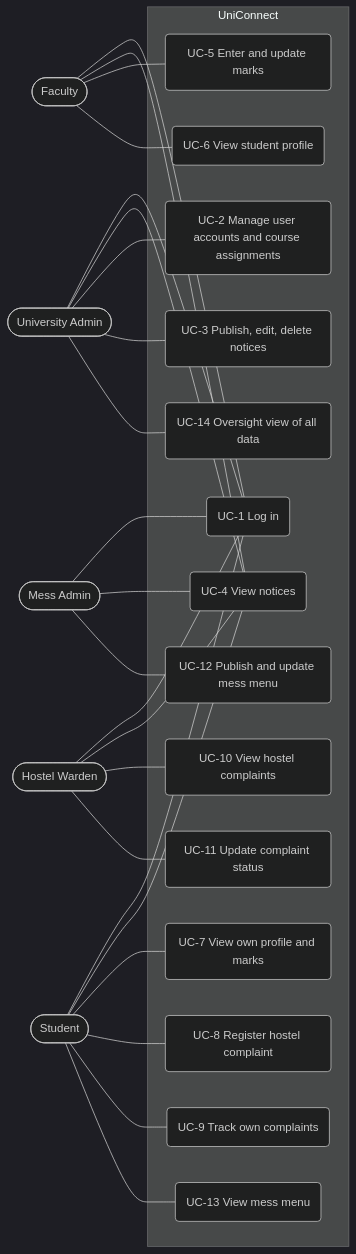
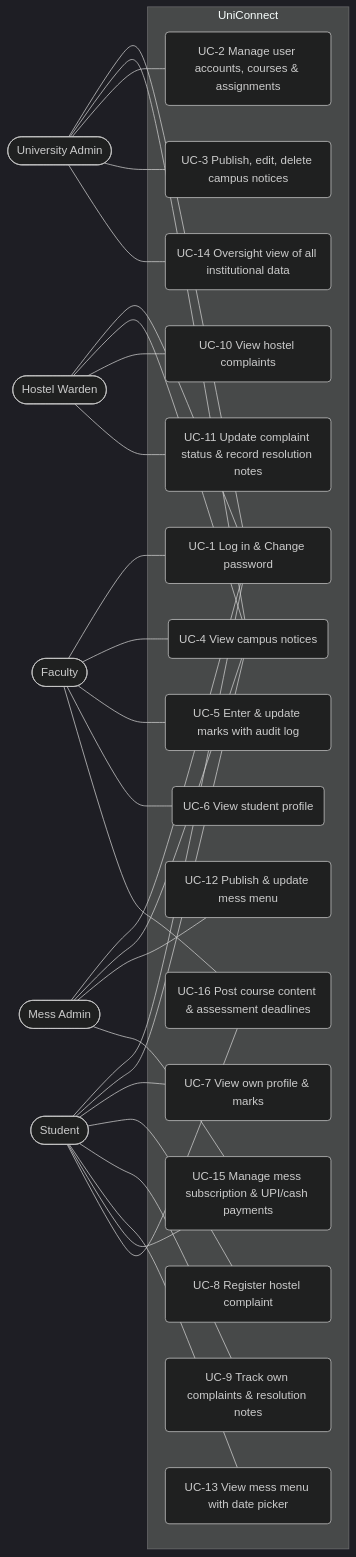
Before and after one commit to hansikamalik/UniConnect: the diagram in docs/analysis/use-cases.md, drawn with Mermaid (dark theme). The commit also changed other lines of this file and 9 other files, not shown here.

````diff
--- a/docs/analysis/use-cases.md
+++ b/docs/analysis/use-cases.md
@@ -11,40 +11,46 @@
 ```mermaid
 flowchart LR
     S([Student])
     F([Faculty])
     W([Hostel Warden])
     M([Mess Admin])
     A([University Admin])
 
     subgraph UniConnect
-        UC1(UC-1 Log in)
-        UC2(UC-2 Manage user accounts and course assignments)
-        UC3(UC-3 Publish, edit, delete notices)
-        UC4(UC-4 View notices)
-        UC5(UC-5 Enter and update marks)
+        UC1(UC-1 Log in & Change password)
+        UC2(UC-2 Manage user accounts, courses & assignments)
+        UC3(UC-3 Publish, edit, delete campus notices)
+        UC4(UC-4 View campus notices)
+        UC5(UC-5 Enter & update marks with audit log)
         UC6(UC-6 View student profile)
-        UC7(UC-7 View own profile and marks)
+        UC7(UC-7 View own profile & marks)
         UC8(UC-8 Register hostel complaint)
-        UC9(UC-9 Track own complaints)
+        UC9(UC-9 Track own complaints & resolution notes)
         UC10(UC-10 View hostel complaints)
-        UC11(UC-11 Update complaint status)
-        UC12(UC-12 Publish and update mess menu)
-        UC13(UC-13 View mess menu)
-        UC14(UC-14 Oversight view of all data)
+        UC11(UC-11 Update complaint status & record resolution notes)
+        UC12(UC-12 Publish & update mess menu)
+        UC13(UC-13 View mess menu with date picker)
+        UC14(UC-14 Oversight view of all institutional data)
+        UC15(UC-15 Manage mess subscription & UPI/cash payments)
+        UC16(UC-16 Post course content & assessment deadlines)
     end
 
     S & F & W & M & A --- UC1
     S & F & W & M & A --- UC4
     A --- UC2
     A --- UC3
     A --- UC14
     F --- UC5
     F --- UC6
+    F --- UC16
     S --- UC7
     S --- UC8
     S --- UC9
+    S --- UC13
+    S --- UC15
+    S --- UC16
     W --- UC10
     W --- UC11
     M --- UC12
-    S --- UC13
+    M --- UC15
 ```
````
